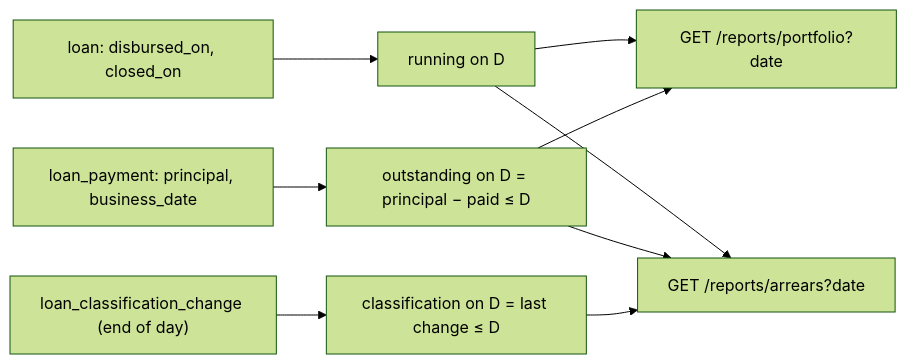
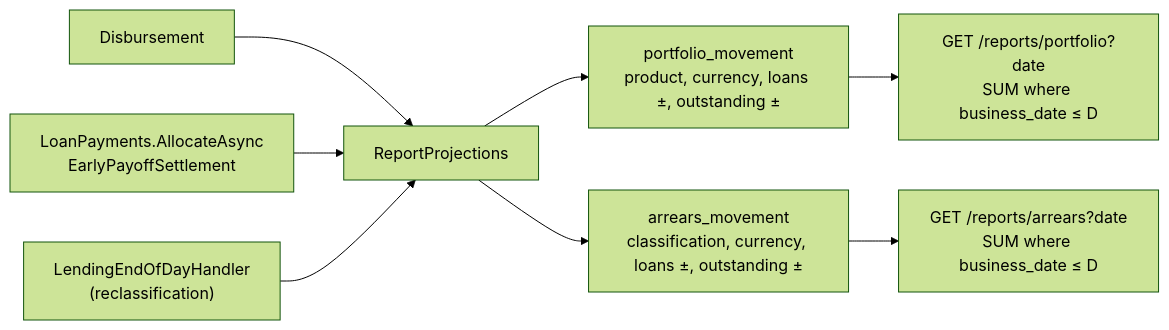
Before and after one commit to majid-sharif-soleimani/banking_demo: the diagram in docs/learning/stage-6/slice-6.4.md, drawn with Mermaid (forest theme). The commit also changed other lines of this file and 20 other files, not shown here.

First line of the commit message:
feat(lending): report projections per report, written with each change

````diff
--- a/docs/learning/stage-6/slice-6.4.md
+++ b/docs/learning/stage-6/slice-6.4.md
@@ -14,11 +16,10 @@
 ```mermaid
 flowchart LR
-    L["loan: disbursed_on, closed_on"] --> R["running on D"]
-    P["loan_payment: principal, business_date"] --> O["outstanding on D = principal − paid ≤ D"]
-    C["loan_classification_change (end of day)"] --> A["classification on D = last change ≤ D"]
-    R --> PF["GET /reports/portfolio?date"]
-    O --> PF
-    R --> AR["GET /reports/arrears?date"]
-    O --> AR
-    A --> AR
+    D["Disbursement"] --> RP["ReportProjections"]
+    PAY["LoanPayments.AllocateAsync<br/>EarlyPayoffSettlement"] --> RP
+    EOD["LendingEndOfDayHandler<br/>(reclassification)"] --> RP
+    RP --> PM["portfolio_movement<br/>product, currency, loans ±, outstanding ±"]
+    RP --> AM["arrears_movement<br/>classification, currency, loans ±, outstanding ±"]
+    PM --> PF["GET /reports/portfolio?date<br/>SUM where business_date ≤ D"]
+    AM --> AR["GET /reports/arrears?date<br/>SUM where business_date ≤ D"]
 ```
````
